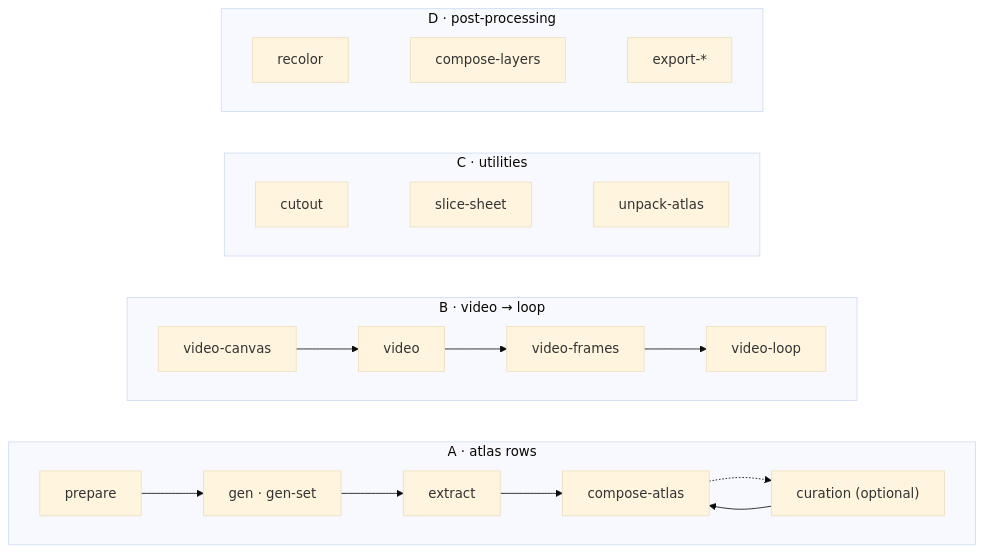
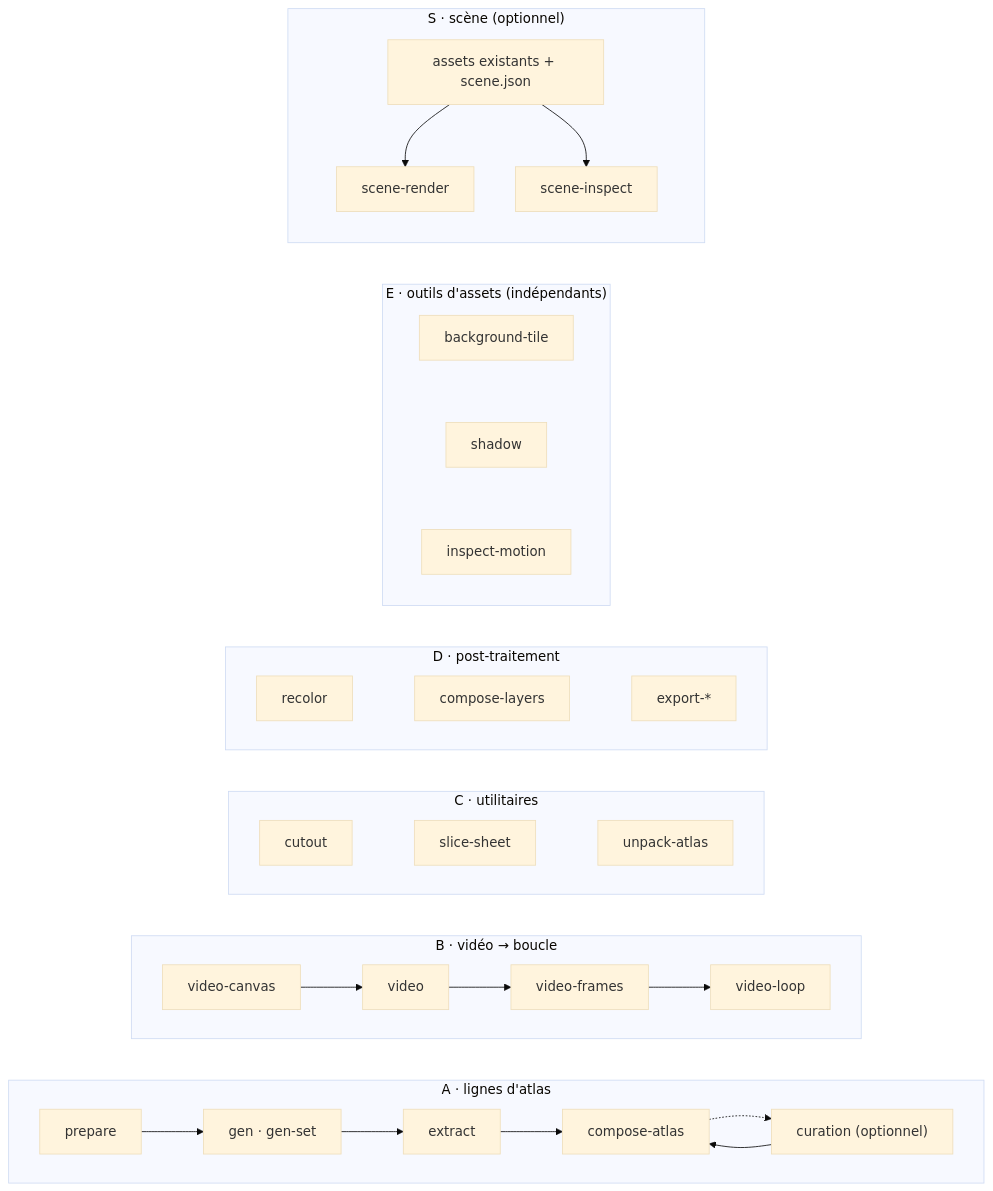
The diagram in mirrors/repos/aldegad@sprite-gen/README.fr.md (gabrielmoreira/agent-skills-mirror), drawn with Mermaid (base theme) before and after one commit. The commit also changed other lines of this file and 5722 other files, not shown here.

````diff
--- a/mirrors/repos/aldegad@sprite-gen/README.fr.md
+++ b/mirrors/repos/aldegad@sprite-gen/README.fr.md
@@ -32,21 +37,28 @@
 ```mermaid
 flowchart LR
-    subgraph A["A · atlas rows"]
+    subgraph A["A · lignes d'atlas"]
         direction LR
         a1[prepare] --> a2["gen · gen-set"] --> a3[extract] --> a5[compose-atlas]
-        a5 -.-> a4["curation (optional)"]
+        a5 -.-> a4["curation (optionnel)"]
         a4 --> a5
     end
-    subgraph B["B · video → loop"]
+    subgraph B["B · vidéo → boucle"]
         direction LR
         b1[video-canvas] --> b2[video] --> b3[video-frames] --> b4[video-loop]
     end
-    subgraph C["C · utilities"]
+    subgraph C["C · utilitaires"]
         direction LR
         c1[cutout] ~~~ c2[slice-sheet] ~~~ c3[unpack-atlas]
     end
-    subgraph D["D · post-processing"]
+    subgraph D["D · post-traitement"]
         direction LR
         d1[recolor] ~~~ d2[compose-layers] ~~~ d3[export-*]
     end
+    subgraph E["E · outils d'assets (indépendants)"]
+        e1[background-tile] ~~~ e2[shadow] ~~~ e3[inspect-motion]
+    end
+    subgraph S["S · scène (optionnel)"]
+        s1["assets existants + scene.json"] --> s2[scene-render]
+        s1 --> s3[scene-inspect]
+    end
 ```
````
